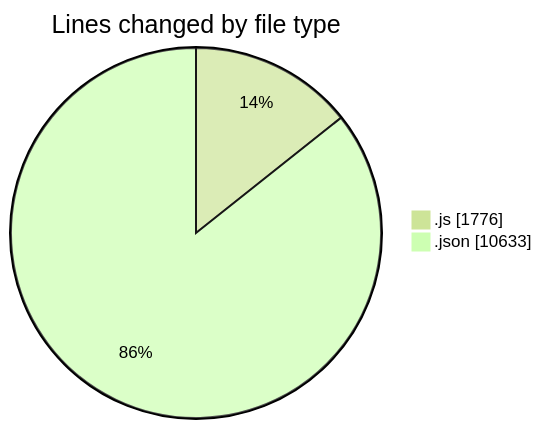
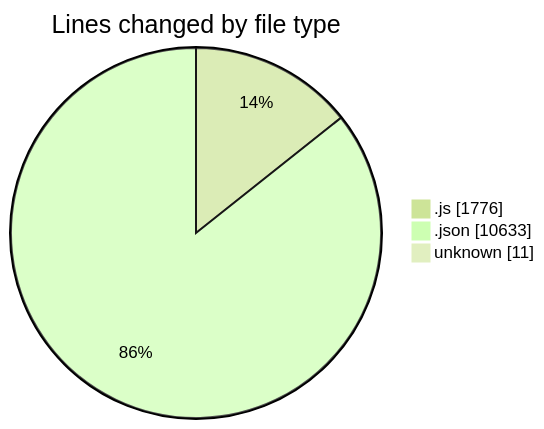
The first of 2 diagrams in 2025-01-11/good-pr/README.md (momahboobian/code-tracking), drawn with Mermaid (forest theme) before and after one commit. The commit also changed other lines of this file and 1 other file, not shown here.

````diff
--- a/2025-01-11/good-pr/README.md
+++ b/2025-01-11/good-pr/README.md
@@ -40,6 +41,7 @@
 ```mermaid
 pie showData
 title Lines changed by file type
 ".js" : 1776
 ".json" : 10633
+"unknown" : 11
 ```
````
